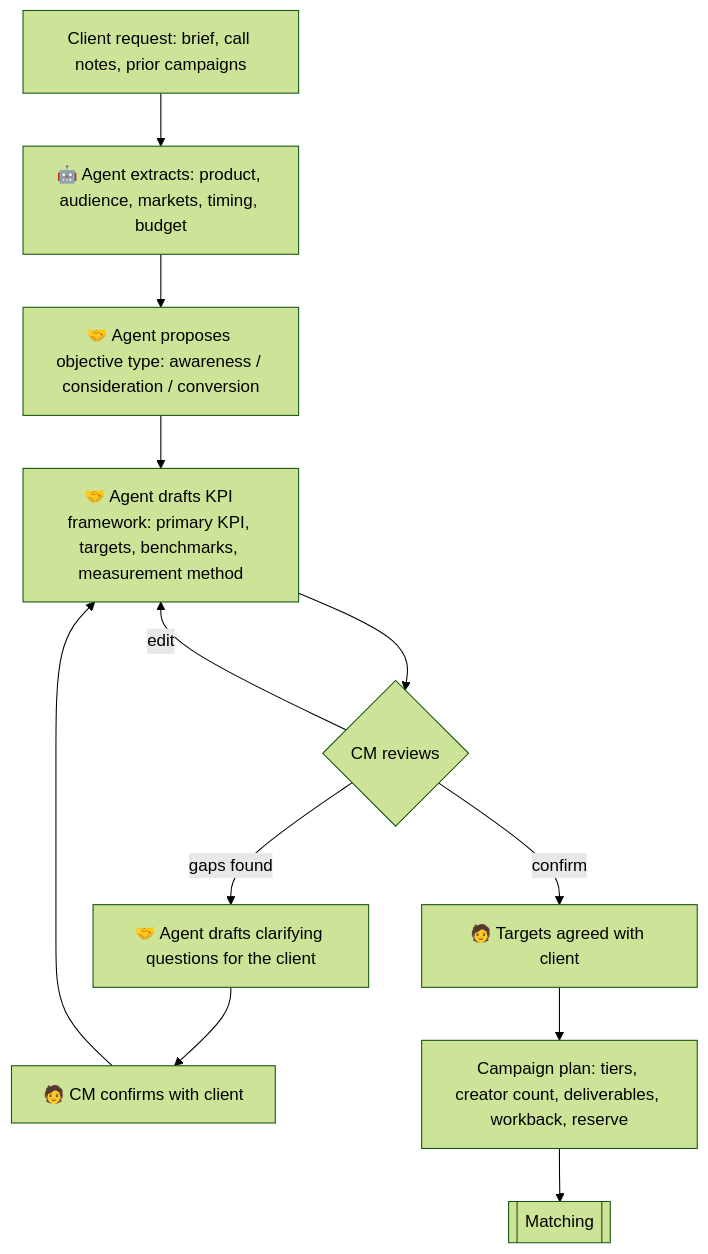
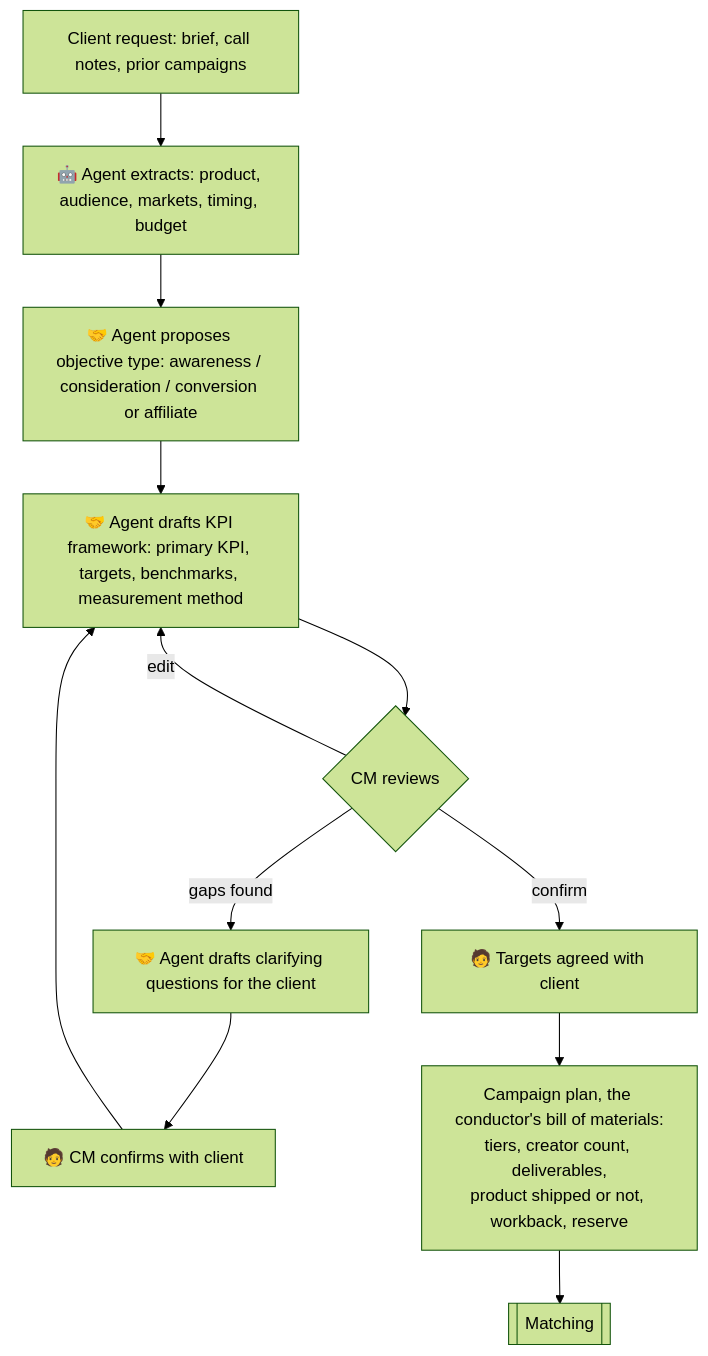
Before and after one commit to joshjhall/later-services-agent: the second of 10 diagrams in docs/flows.md, drawn with Mermaid (forest theme). The commit also changed other lines of this file and 6 other files, not shown here.

First line of the commit message:
docs: add product principles and information architecture

````diff
--- a/docs/flows.md
+++ b/docs/flows.md
@@ -32,14 +34,14 @@
 ```mermaid
 flowchart TD
   A[Client request: brief, call notes, prior campaigns] --> B[🤖 Agent extracts: product, audience, markets, timing, budget]
-  B --> C[🤝 Agent proposes objective type: awareness / consideration / conversion]
+  B --> C[🤝 Agent proposes objective type: awareness / consideration / conversion or affiliate]
   C --> D[🤝 Agent drafts KPI framework: primary KPI, targets, benchmarks, measurement method]
   D --> E{CM reviews}
   E -->|edit| D
   E -->|gaps found| F[🤝 Agent drafts clarifying questions for the client]
   F --> G[🧑 CM confirms with client]
   G --> D
   E -->|confirm| H[🧑 Targets agreed with client]
-  H --> I[Campaign plan: tiers, creator count, deliverables, workback, reserve]
+  H --> I[Campaign plan, the conductor's bill of materials:<br/>tiers, creator count, deliverables,<br/>product shipped or not, workback, reserve]
   I --> J[[Matching]]
 ```
````
